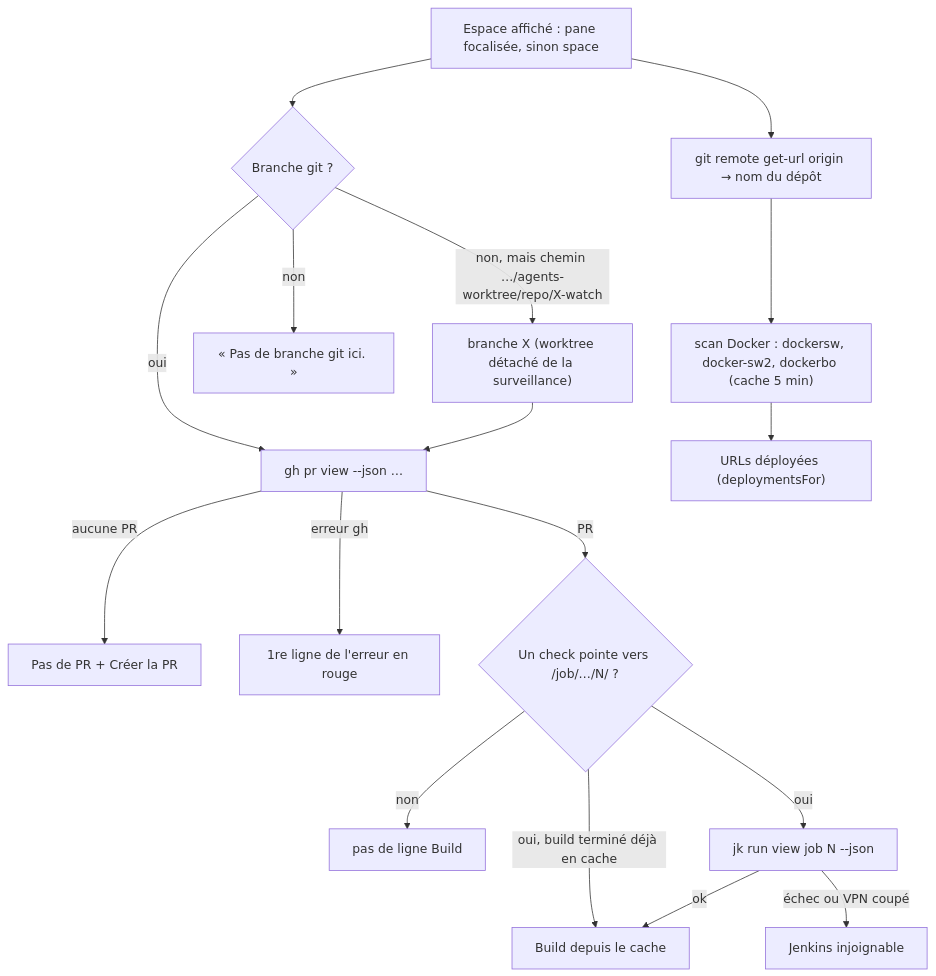
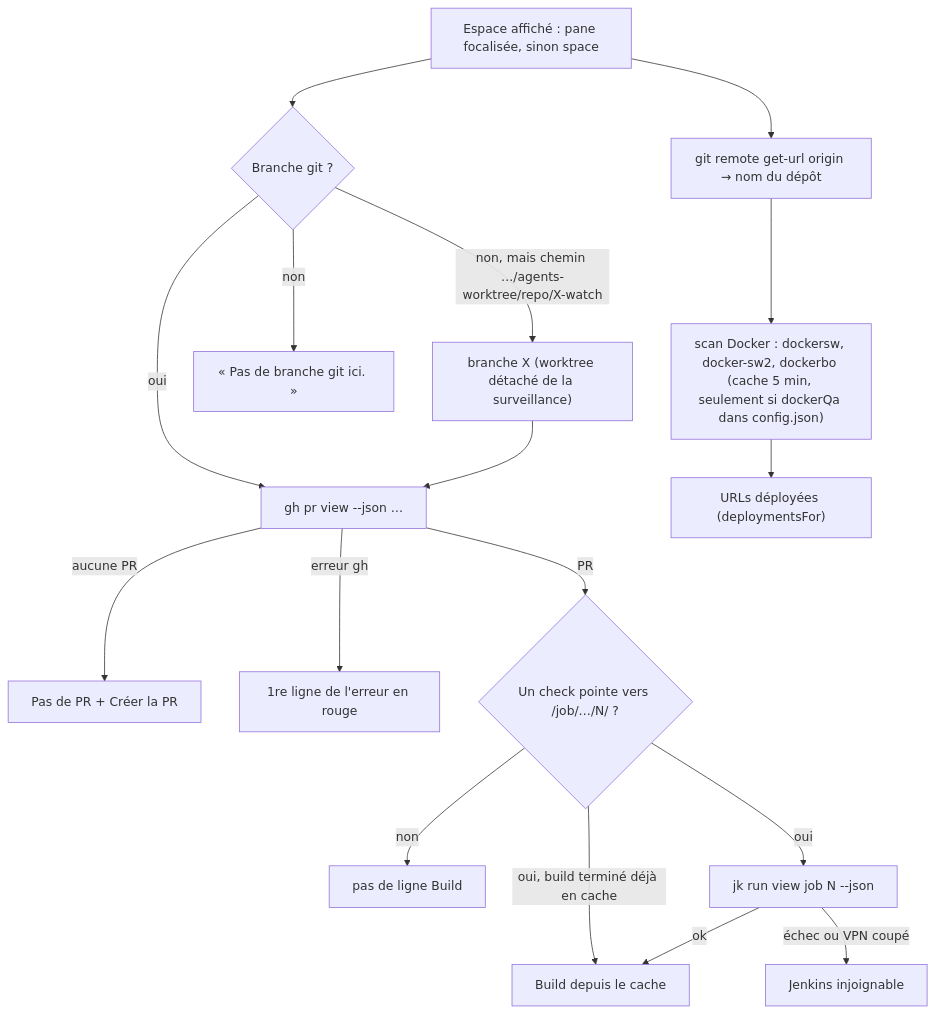
One commit to jcgay/dotfiles changed the first of 2 diagrams in .config/herdr-app/mods/pr/README.md. Above: the diagram before and after it, drawn with Mermaid. The commit also changed other lines of this file and 5 other files, not shown here.

````diff
--- a/.config/herdr-app/mods/pr/README.md
+++ b/.config/herdr-app/mods/pr/README.md
@@ -64,19 +64,19 @@
 ```mermaid
 flowchart TD
     A["Espace affiché : pane focalisée, sinon space"] --> B{"Branche git ?"}
     B -- "non, mais chemin …/agents-worktree/repo/X-watch" --> C["branche X (worktree détaché de la surveillance)"]
     B -- "non" --> Z["« Pas de branche git ici. »"]
     B -- "oui" --> D["gh pr view --json …"]
     C --> D
     D -- "aucune PR" --> E["Pas de PR + Créer la PR"]
     D -- "erreur gh" --> F["1re ligne de l'erreur en rouge"]
     D -- "PR" --> G{"Un check pointe vers /job/…/N/ ?"}
     G -- "non" --> H["pas de ligne Build"]
     G -- "oui, build terminé déjà en cache" --> I["Build depuis le cache"]
     G -- "oui" --> J["jk run view job N --json"]
     J -- "échec ou VPN coupé" --> K["Jenkins injoignable"]
     J -- "ok" --> I
     A --> L["git remote get-url origin → nom du dépôt"]
-    L --> M["scan Docker : dockersw, docker-sw2, dockerbo (cache 5 min)"]
+    L --> M["scan Docker : dockersw, docker-sw2, dockerbo (cache 5 min, seulement si dockerQa dans config.json)"]
     M --> N["URLs déployées (deploymentsFor)"]
 ```
````
